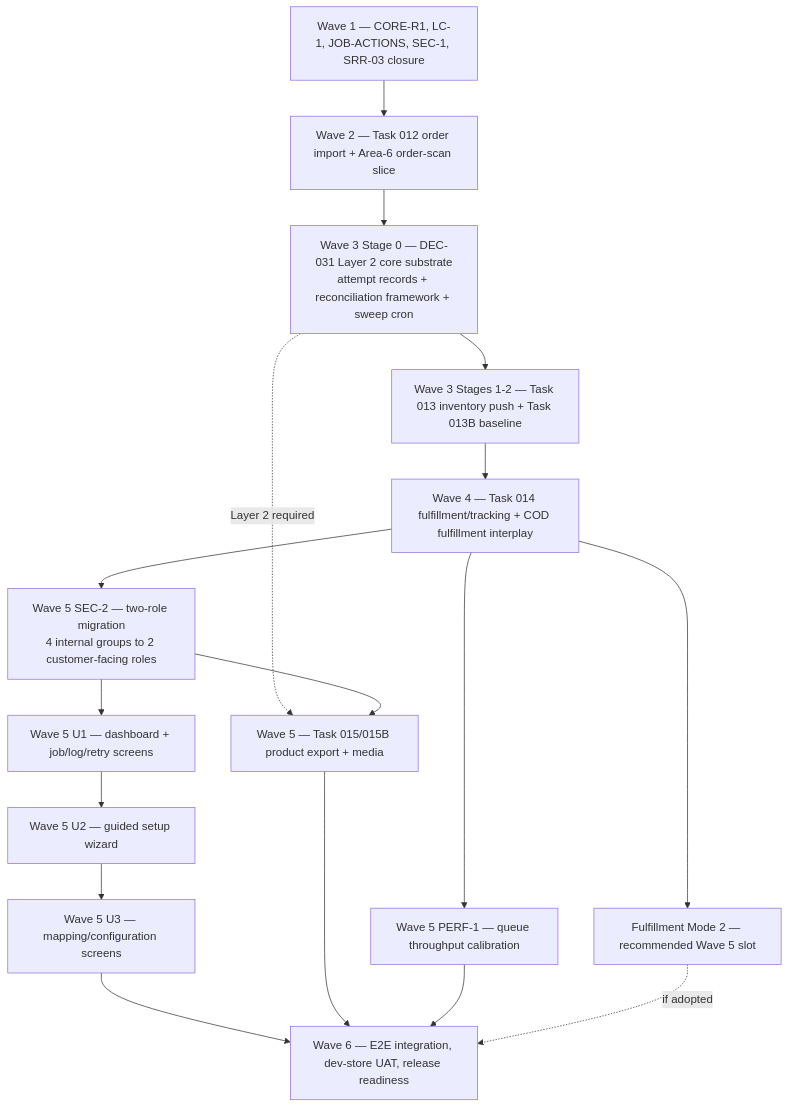
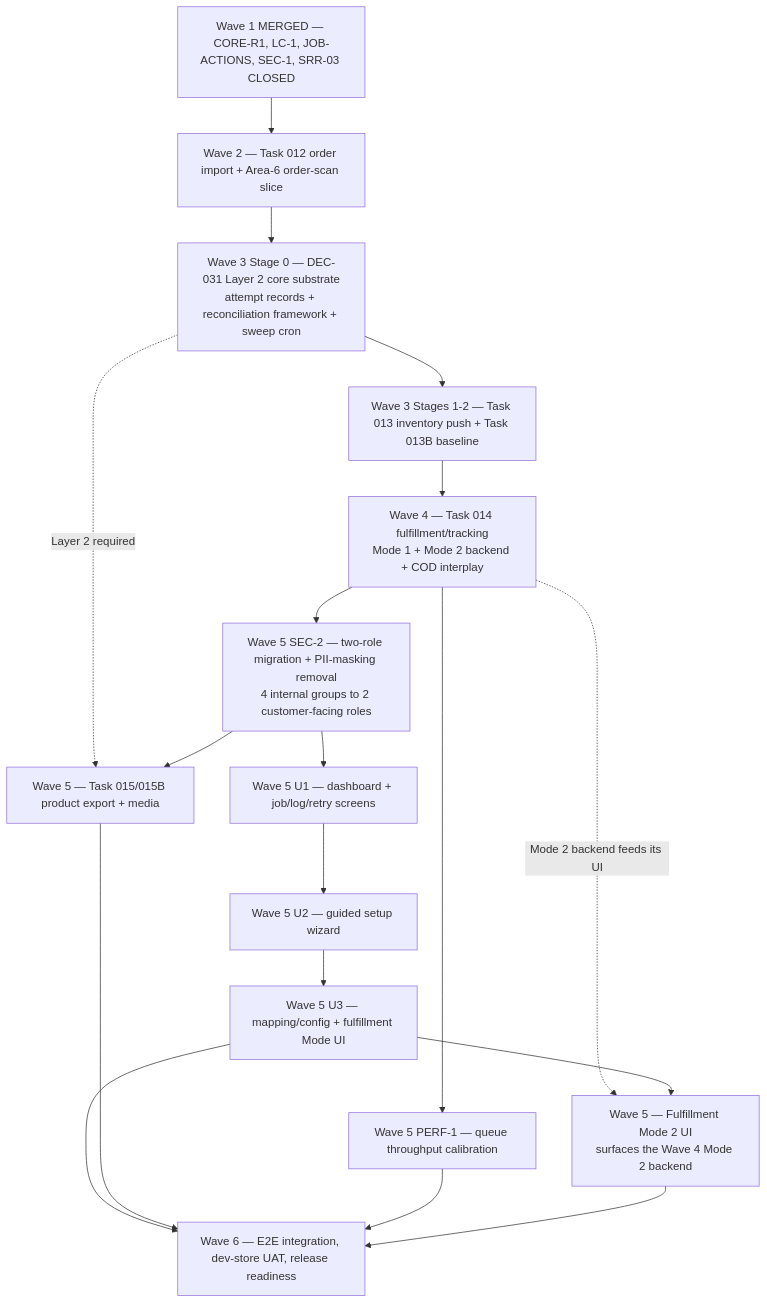
One commit to AdamsOdoo/Adams changed the diagram in docs/07-implementation-plan/waves-2-6-dependency-and-gate-map.md. Above: the diagram before and after it, drawn with Mermaid. The commit also changed other lines of this file and 12 other files, not shown here.

First line of the commit message:
docs(plan): reconcile Waves 2-6, fulfillment modes, and Wave-2 evidence rule

````diff
--- a/docs/07-implementation-plan/waves-2-6-dependency-and-gate-map.md
+++ b/docs/07-implementation-plan/waves-2-6-dependency-and-gate-map.md
@@ -18,31 +23,32 @@
 ```mermaid
 flowchart TD
-    W1[Wave 1 — CORE-R1, LC-1, JOB-ACTIONS, SEC-1, SRR-03 closure]
+    W1[Wave 1 MERGED — CORE-R1, LC-1, JOB-ACTIONS, SEC-1, SRR-03 CLOSED]
     W2[Wave 2 — Task 012 order import + Area-6 order-scan slice]
     L2[Wave 3 Stage 0 — DEC-031 Layer 2 core substrate<br/>attempt records + reconciliation framework + sweep cron]
     W3[Wave 3 Stages 1-2 — Task 013 inventory push + Task 013B baseline]
-    W4[Wave 4 — Task 014 fulfillment/tracking + COD fulfillment interplay]
-    SEC2[Wave 5 SEC-2 — two-role migration<br/>4 internal groups to 2 customer-facing roles]
+    W4[Wave 4 — Task 014 fulfillment/tracking<br/>Mode 1 + Mode 2 backend + COD interplay]
+    SEC2[Wave 5 SEC-2 — two-role migration + PII-masking removal<br/>4 internal groups to 2 customer-facing roles]
     U1[Wave 5 U1 — dashboard + job/log/retry screens]
     U2[Wave 5 U2 — guided setup wizard]
-    U3[Wave 5 U3 — mapping/configuration screens]
+    U3[Wave 5 U3 — mapping/config + fulfillment Mode UI]
     PERF1[Wave 5 PERF-1 — queue throughput calibration]
     T015[Wave 5 — Task 015/015B product export + media]
-    M2[Fulfillment Mode 2 — recommended Wave 5 slot]
+    M2UI[Wave 5 — Fulfillment Mode 2 UI<br/>surfaces the Wave 4 Mode 2 backend]
     W6[Wave 6 — E2E integration, dev-store UAT, release readiness]
 
     W1 --> W2
     W2 --> L2
     L2 --> W3
     W3 --> W4
     W4 --> SEC2
     SEC2 --> U1 --> U2 --> U3
-    W4 --> M2
+    W4 -.Mode 2 backend feeds its UI.-> M2UI
+    U3 --> M2UI
     L2 -.Layer 2 required.-> T015
     SEC2 --> T015
     W4 --> PERF1
     U3 --> W6
     T015 --> W6
     PERF1 --> W6
-    M2 -.if adopted.-> W6
+    M2UI --> W6
 ```
````
